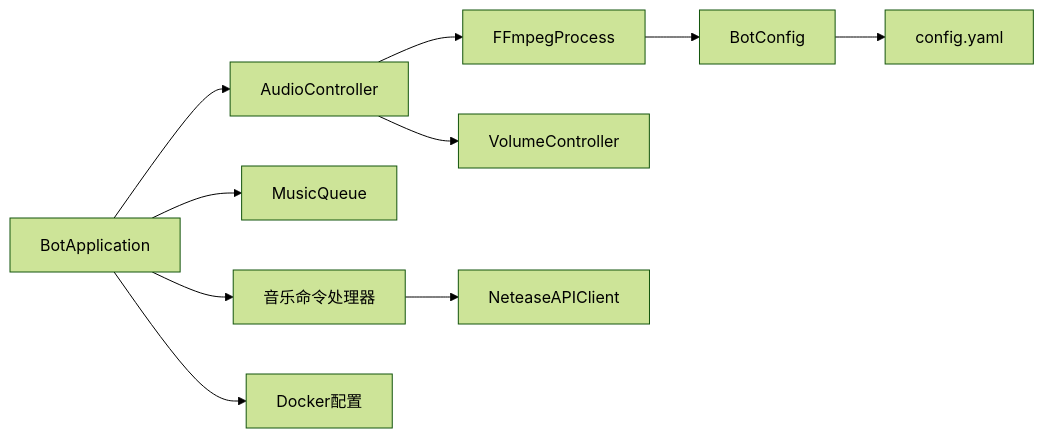
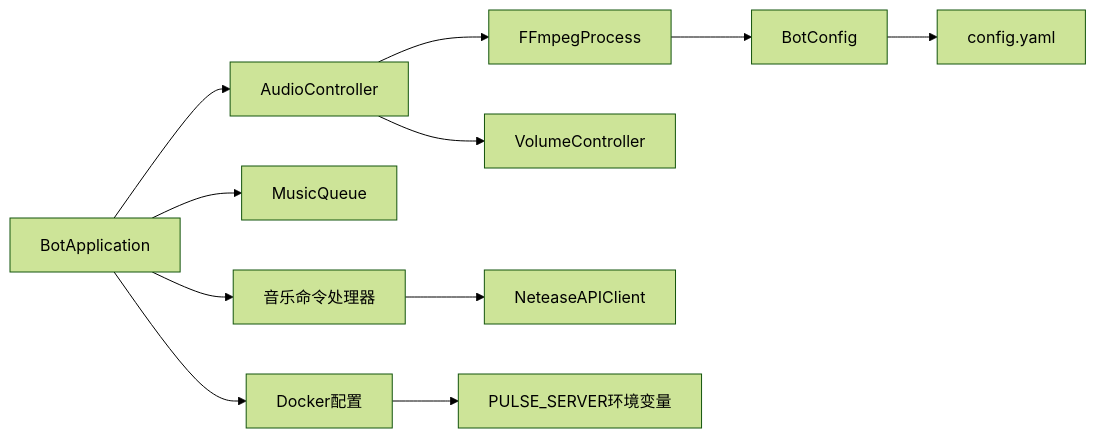
Before and after one commit to GhoulOwl/Teamspeak3_Bot: the seventh of 7 diagrams in .qoder/repowiki/zh/content/音乐播放系统/FFmpeg集成.md, drawn with Mermaid (forest theme). The commit also changed other lines of this file and 4 other files, not shown here.

````diff
--- a/.qoder/repowiki/zh/content/音乐播放系统/FFmpeg集成.md
+++ b/.qoder/repowiki/zh/content/音乐播放系统/FFmpeg集成.md
@@ -355,12 +397,13 @@
 ```mermaid
 graph LR
 AC["AudioController"] --> FF["FFmpegProcess"]
 AC --> VC["VolumeController"]
 APP["BotApplication"] --> AC
 APP --> MQ["MusicQueue"]
 APP --> CMD["音乐命令处理器"]
 CMD --> NC["NeteaseAPIClient"]
 FF --> CFG["BotConfig"]
 CFG --> YAML["config.yaml"]
 APP --> DC["Docker配置"]
+DC --> ENV["PULSE_SERVER环境变量"]
 ```
````
